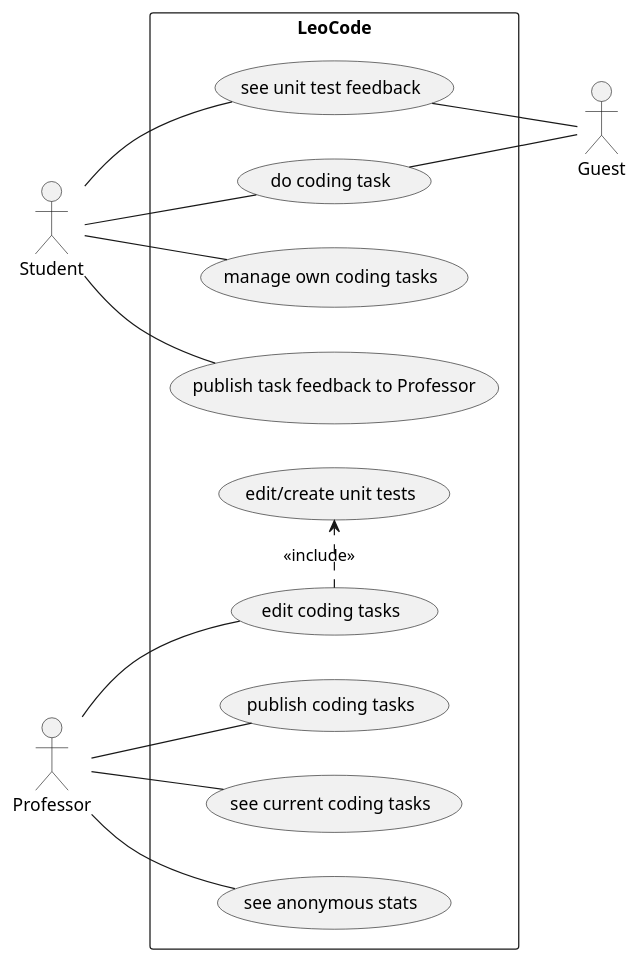
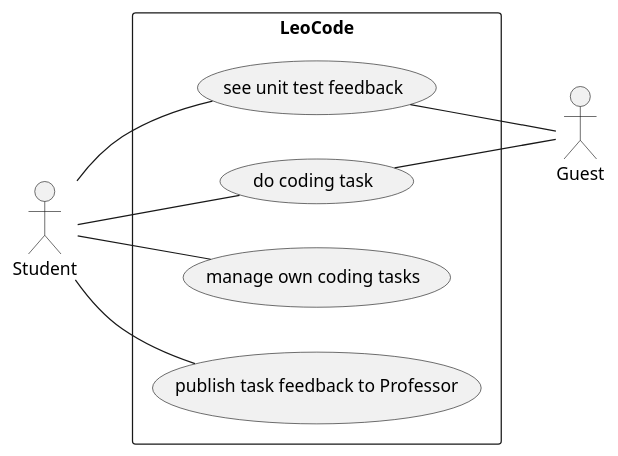
One commit to htl-leonding-project/leo-code changed the second of 3 diagrams in asciidocs/system-specification.adoc. Above: the diagram before and after it, drawn with PlantUML. The commit also changed other lines of this file, not shown here.

Commit message:
Corrected Use-Case Diagramm #15

```diff
--- a/asciidocs/system-specification.adoc
+++ b/asciidocs/system-specification.adoc
@@ -52,29 +74,23 @@
 [plantuml]
 ----
 
 @startuml
 
 left to right direction
 :Student:
-:Professor:
 :Guest:
 rectangle LeoCode{
 
-Professor -- (publish coding tasks)
-Professor -- (see current coding tasks)
-Professor -- (edit coding tasks)
-Professor -- (see anonymous stats)
-(edit coding tasks) .> (edit/create unit tests) : <<include>>
 
 Guest -up- (do coding task)
 Guest -up- (see unit test feedback)
 
 Student -- (manage own coding tasks)
 Student -- (do coding task)
 Student -- (see unit test feedback)
 Student -- (publish task feedback to Professor)
 
 }
 
 @enduml
 ----
```
